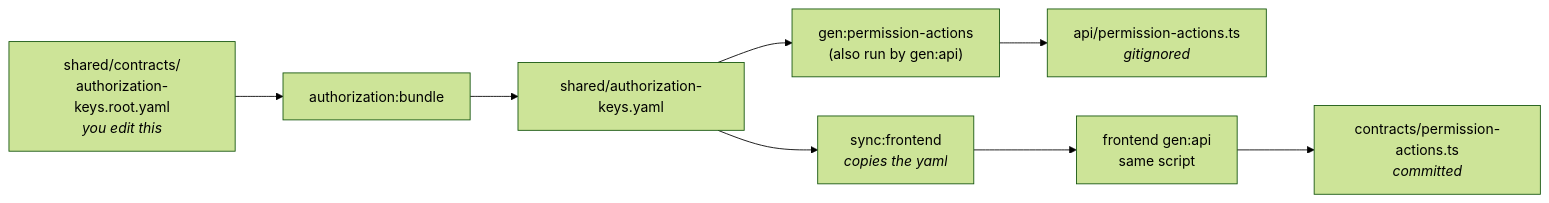
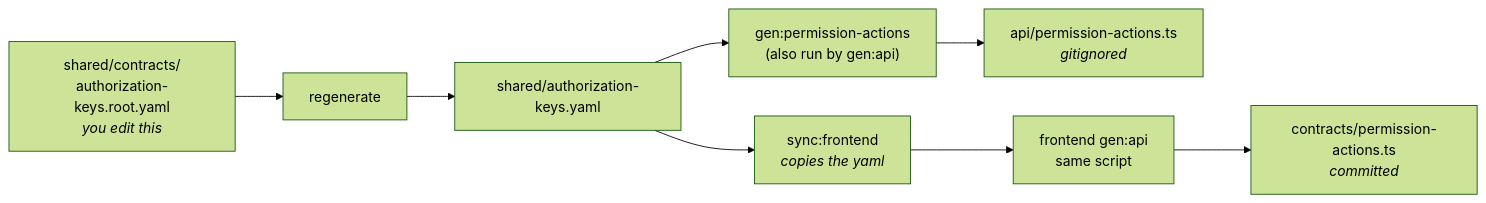
Before and after one commit to Guebbit/boilerplate-node-backend: the diagram in docs/tools/permission-actions.md, drawn with Mermaid (forest theme). The commit also changed other lines of this file and 112 other files, not shown here.

````diff
--- a/docs/tools/permission-actions.md
+++ b/docs/tools/permission-actions.md
@@ -8,15 +8,15 @@
 ```mermaid
 %%{init: {'flowchart': {'nodeSpacing': 45, 'rankSpacing': 55}}}%%
 flowchart LR
     ROOT["shared/contracts/<br/>authorization-keys.root.yaml<br/><i>you edit this</i>"]
-    BUNDLE["authorization:bundle"]
+    BUNDLE["regenerate"]
     KEYS["shared/authorization-keys.yaml"]
     GEN["gen:permission-actions<br/>(also run by gen:api)"]
     BE["api/permission-actions.ts<br/><i>gitignored</i>"]
     SYNC["sync:frontend<br/><i>copies the yaml</i>"]
     FEGEN["frontend gen:api<br/>same script"]
     FE["contracts/permission-actions.ts<br/><i>committed</i>"]
 
     ROOT --> BUNDLE --> KEYS --> GEN --> BE
     KEYS --> SYNC --> FEGEN --> FE
 ```
````
